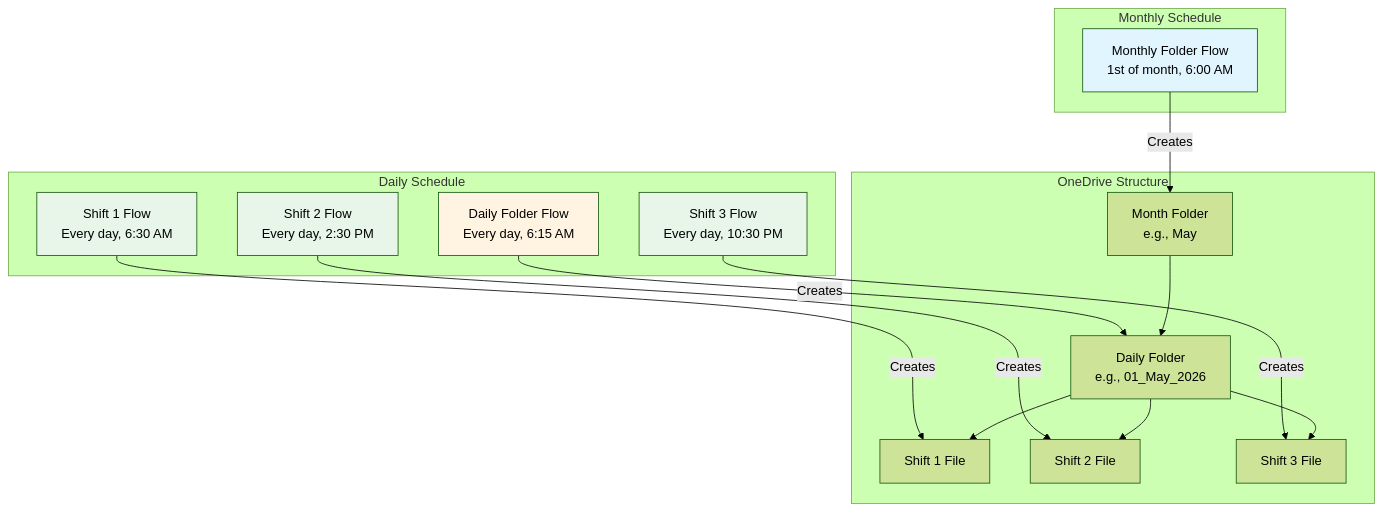
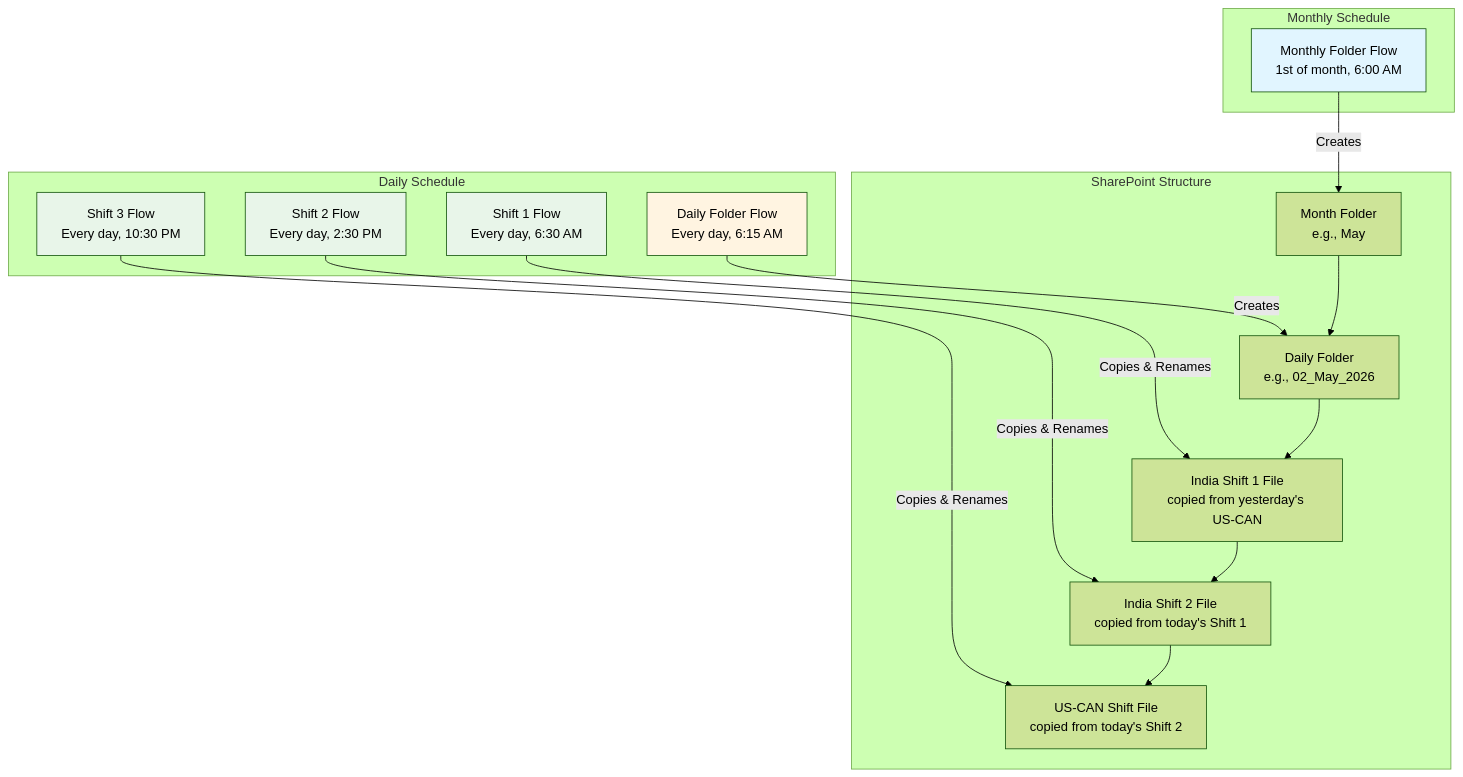
One commit to vignesh191024/Excel_Power_Automate changed the second of 4 diagrams in Quick_Reference_Guide.md. Above: the diagram before and after it, drawn with Mermaid (forest theme). The commit also changed other lines of this file and 2 other files, not shown here.

Commit message:
Add SharePoint chain-copy workflow documentation: New comprehensive guide for copying files between shifts, updated README and Quick Reference with SharePoint approach

````diff
--- a/Quick_Reference_Guide.md
+++ b/Quick_Reference_Guide.md
@@ -57,38 +72,38 @@
 ```mermaid
 graph TB
     subgraph "Monthly Schedule"
         A[Monthly Folder Flow<br/>1st of month, 6:00 AM]
     end
     
     subgraph "Daily Schedule"
         B[Daily Folder Flow<br/>Every day, 6:15 AM]
         C[Shift 1 Flow<br/>Every day, 6:30 AM]
         D[Shift 2 Flow<br/>Every day, 2:30 PM]
         E[Shift 3 Flow<br/>Every day, 10:30 PM]
     end
     
-    subgraph "OneDrive Structure"
+    subgraph "SharePoint Structure"
         F[Month Folder<br/>e.g., May]
-        G[Daily Folder<br/>e.g., 01_May_2026]
-        H[Shift 1 File]
-        I[Shift 2 File]
-        J[Shift 3 File]
+        G[Daily Folder<br/>e.g., 02_May_2026]
+        H[India Shift 1 File<br/>copied from yesterday's US-CAN]
+        I[India Shift 2 File<br/>copied from today's Shift 1]
+        J[US-CAN Shift File<br/>copied from today's Shift 2]
     end
     
     A -->|Creates| F
     B -->|Creates| G
-    C -->|Creates| H
-    D -->|Creates| I
-    E -->|Creates| J
+    C -->|Copies & Renames| H
+    D -->|Copies & Renames| I
+    E -->|Copies & Renames| J
     
     F --> G
     G --> H
-    G --> I
-    G --> J
+    H --> I
+    I --> J
     
     style A fill:#e1f5ff
     style B fill:#fff4e1
     style C fill:#e8f5e9
     style D fill:#e8f5e9
     style E fill:#e8f5e9
 ```
````
